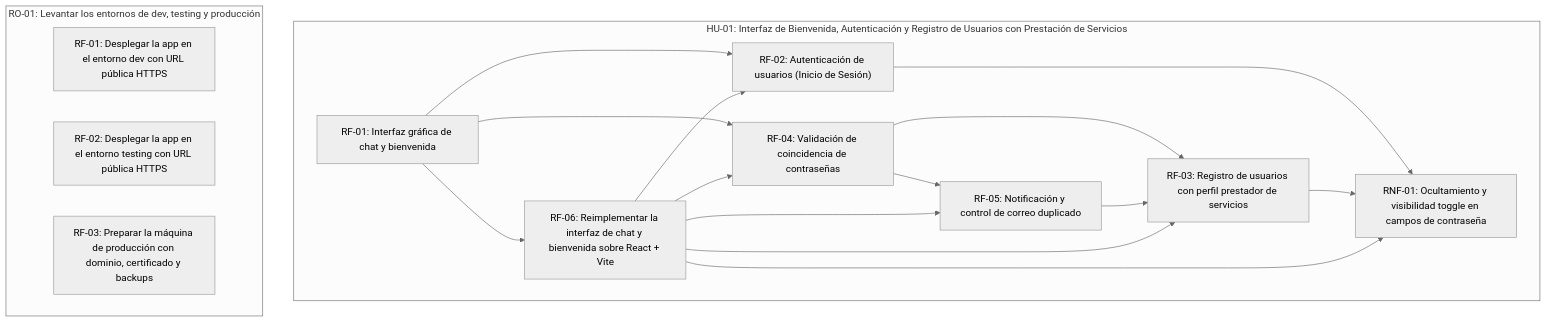
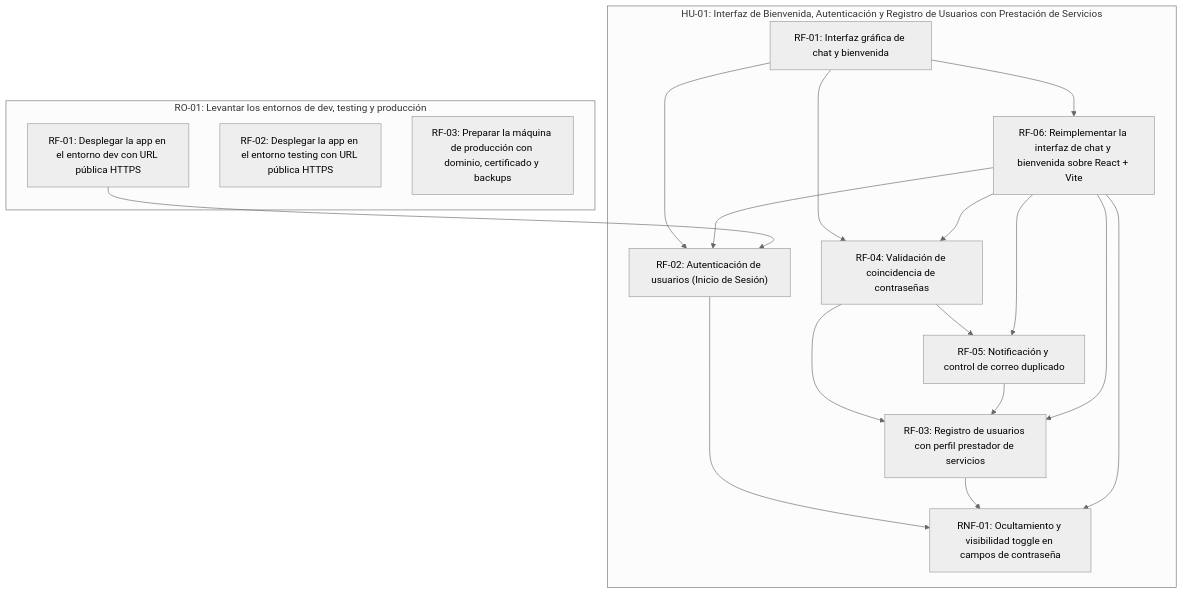
One commit to fiemcasals/refactoryProfesionales changed the diagram in scrumDocs/grafo.md. Above: the diagram before and after it, drawn with Mermaid (neutral theme). The commit also changed other lines of this file, not shown here.

````diff
--- a/scrumDocs/grafo.md
+++ b/scrumDocs/grafo.md
@@ -5,30 +5,31 @@
 ```mermaid
 graph TD
   subgraph US_1785510643692["HU-01: Interfaz de Bienvenida, Autenticación y Registro de Usuarios con Prestación de Servicios"]
     REQ_1785771199977["RF-01: Interfaz gráfica de chat y bienvenida"]
     REQ_1785771214294["RF-02: Autenticación de usuarios (Inicio de Sesión)"]
     REQ_1785771214393["RF-03: Registro de usuarios con perfil prestador de servicios"]
     REQ_1785771214462["RF-04: Validación de coincidencia de contraseñas"]
     REQ_1785771214528["RF-05: Notificación y control de correo duplicado"]
     REQ_1785771214595["RNF-01: Ocultamiento y visibilidad toggle en campos de contraseña"]
     REQ_1790685849827["RF-06: Reimplementar la interfaz de chat y bienvenida sobre React + Vite"]
   end
   subgraph US_1790688869961["RO-01: Levantar los entornos de dev, testing y producción"]
     REQ_1790688869968["RF-01: Desplegar la app en el entorno dev con URL pública HTTPS"]
     REQ_1790688952068["RF-02: Desplegar la app en el entorno testing con URL pública HTTPS"]
     REQ_1790688965165["RF-03: Preparar la máquina de producción con dominio, certificado y backups"]
   end
   REQ_1785771199977 --> REQ_1785771214294
   REQ_1790685849827 --> REQ_1785771214294
+  REQ_1790688869968 --> REQ_1785771214294
   REQ_1785771214462 --> REQ_1785771214393
   REQ_1785771214528 --> REQ_1785771214393
   REQ_1790685849827 --> REQ_1785771214393
   REQ_1785771199977 --> REQ_1785771214462
   REQ_1790685849827 --> REQ_1785771214462
   REQ_1785771214462 --> REQ_1785771214528
   REQ_1790685849827 --> REQ_1785771214528
   REQ_1785771214294 --> REQ_1785771214595
   REQ_1785771214393 --> REQ_1785771214595
   REQ_1790685849827 --> REQ_1785771214595
   REQ_1785771199977 --> REQ_1790685849827
 ```
````
